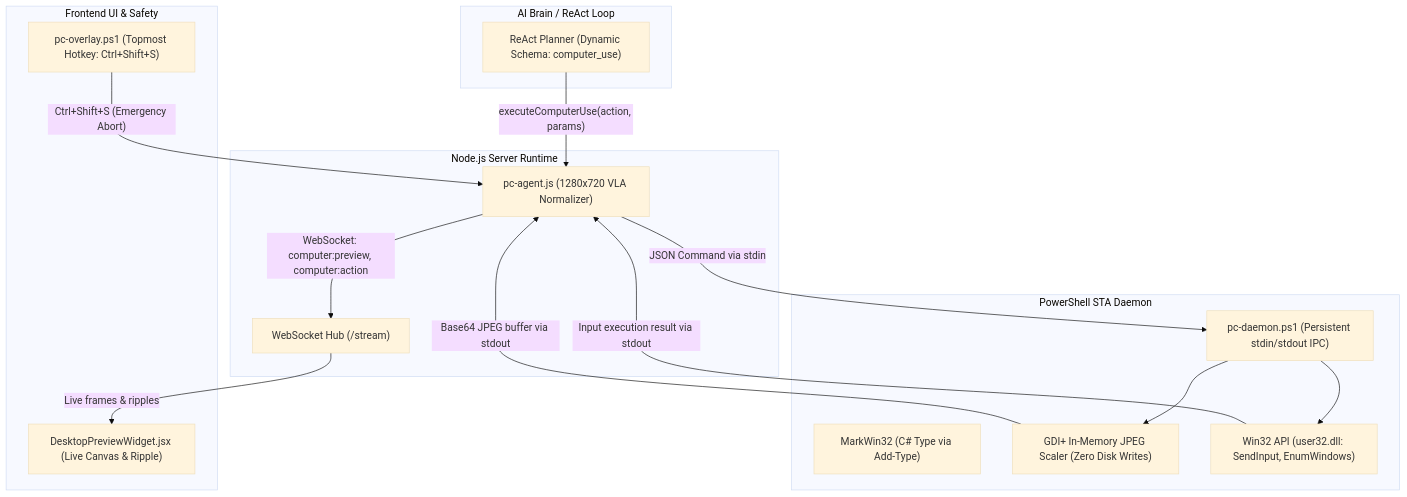
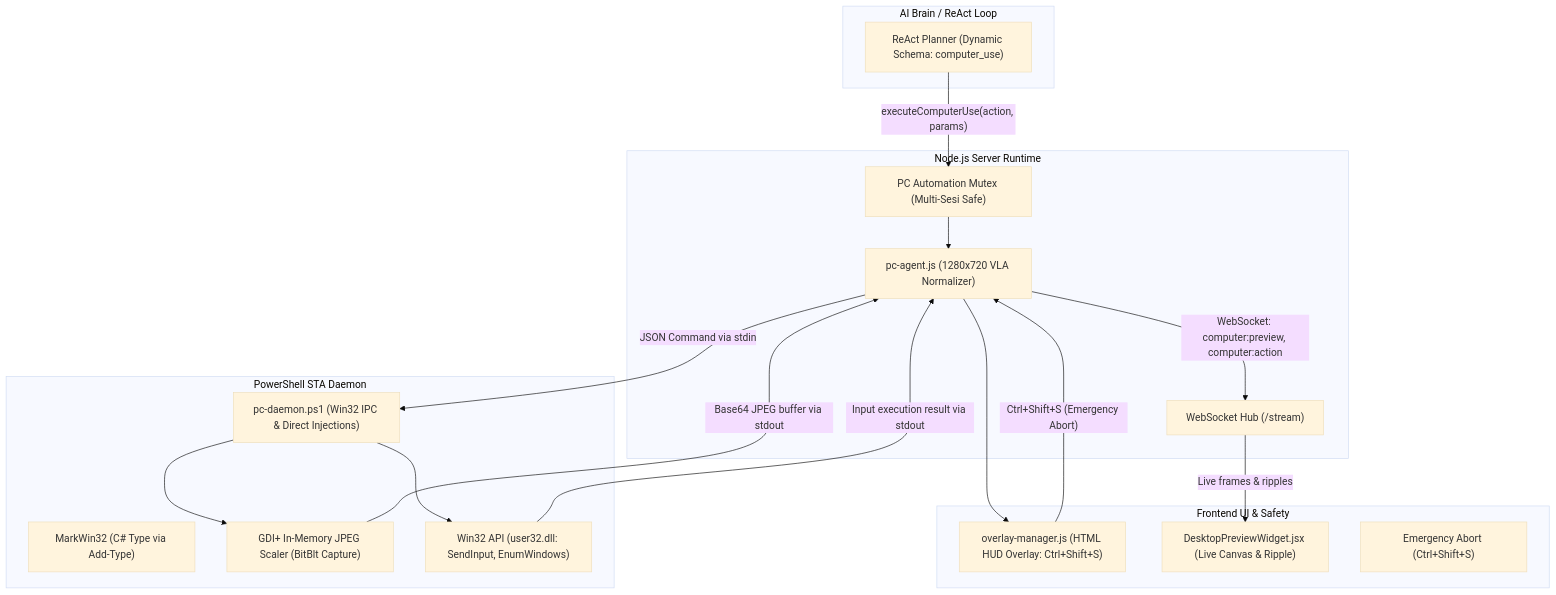
Before and after one commit to Mazees/mark-agent: the diagram in docs/04-automation-and-tools/pc-automation.md, drawn with Mermaid (base theme). The commit also changed other lines of this file and 24 other files, not shown here.

Commit message:
feat: tambah graphify dan computer use fix

````diff
--- a/docs/04-automation-and-tools/pc-automation.md
+++ b/docs/04-automation-and-tools/pc-automation.md
@@ -24,33 +24,37 @@
 ```mermaid
 flowchart TD
     subgraph "AI Brain / ReAct Loop"
         Planner["ReAct Planner (Dynamic Schema: computer_use)"]
     end
 
     subgraph "Node.js Server Runtime"
+        Mutex["PC Automation Mutex (Multi-Sesi Safe)"]
         CoordEngine["pc-agent.js (1280x720 VLA Normalizer)"]
         WSHub["WebSocket Hub (/stream)"]
     end
 
     subgraph "PowerShell STA Daemon"
-        Daemon["pc-daemon.ps1 (Persistent stdin/stdout IPC)"]
+        Daemon["pc-daemon.ps1 (Win32 IPC & Direct Injections)"]
         CSharp["MarkWin32 (C# Type via Add-Type)"]
-        GDI["GDI+ In-Memory JPEG Scaler (Zero Disk Writes)"]
+        GDI["GDI+ In-Memory JPEG Scaler (BitBlt Capture)"]
         Win32["Win32 API (user32.dll: SendInput, EnumWindows)"]
     end
 
     subgraph "Frontend UI & Safety"
-        HUD["DesktopPreviewWidget.jsx (Live Canvas & Ripple)"]
-        Overlay["pc-overlay.ps1 (Topmost Hotkey: Ctrl+Shift+S)"]
+        Overlay["overlay-manager.js (HTML HUD Overlay: Ctrl+Shift+S)"]
+        PreviewWidget["DesktopPreviewWidget.jsx (Live Canvas & Ripple)"]
+        AbortHook["Emergency Abort (Ctrl+Shift+S)"]
     end
 
-    Planner -->|"executeComputerUse(action, params)"| CoordEngine
+    Planner -->|"executeComputerUse(action, params)"| Mutex
+    Mutex --> CoordEngine
+    CoordEngine --> Overlay
     CoordEngine -->|"JSON Command via stdin"| Daemon
     Daemon --> GDI
     Daemon --> Win32
     GDI -->|"Base64 JPEG buffer via stdout"| CoordEngine
     Win32 -->|"Input execution result via stdout"| CoordEngine
     CoordEngine -->|"WebSocket: computer:preview, computer:action"| WSHub
-    WSHub -->|"Live frames & ripples"| HUD
+    WSHub -->|"Live frames & ripples"| PreviewWidget
     Overlay -->|"Ctrl+Shift+S (Emergency Abort)"| CoordEngine
 ```
````
